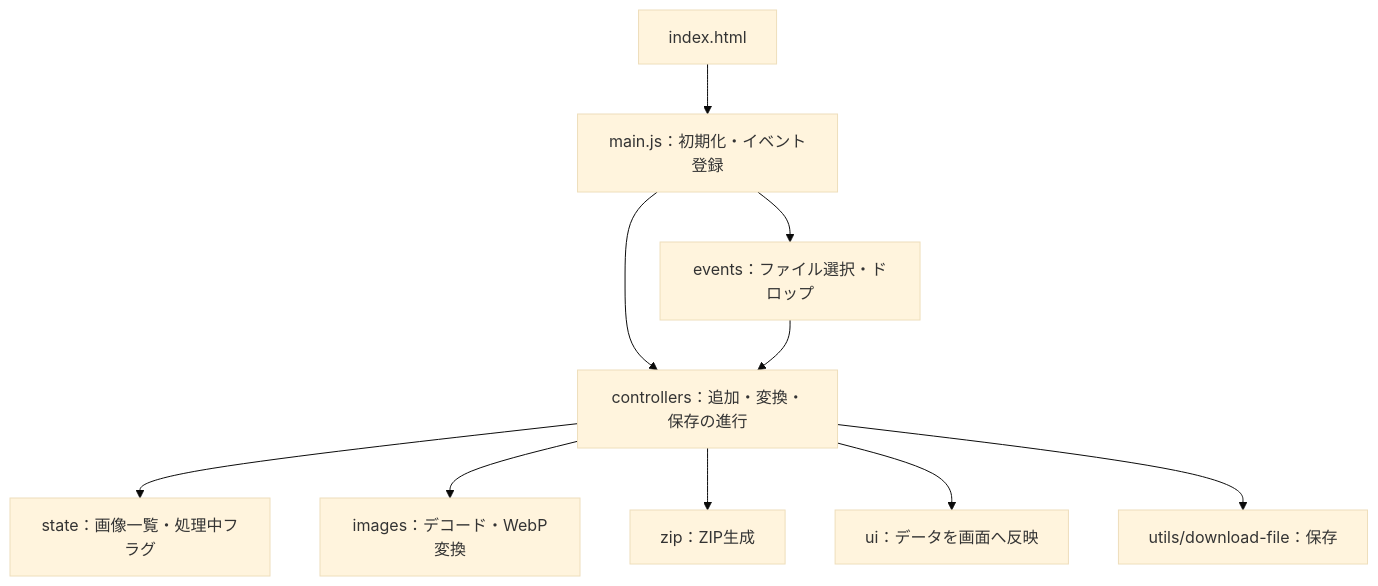
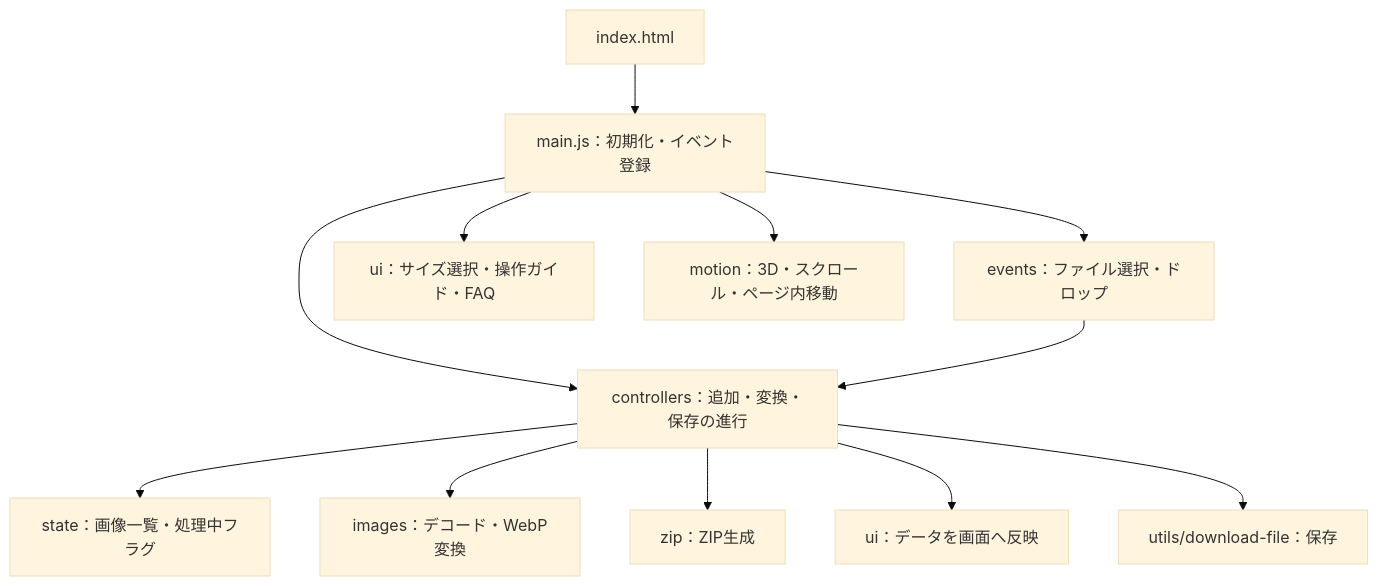
One commit to Syo-M/WebPImageConverter changed the first of 2 diagrams in README.md. Above: the diagram before and after it, drawn with Mermaid (base theme). The commit also changed other lines of this file and 8 other files, not shown here.

````diff
--- a/README.md
+++ b/README.md
@@ -103,12 +121,14 @@
 ```mermaid
 flowchart TD
   HTML["index.html"] --> Main["main.js：初期化・イベント登録"]
   Main --> Events["events：ファイル選択・ドロップ"]
+  Main --> Interactions["ui：サイズ選択・操作ガイド・FAQ"]
+  Main --> Motion["motion：3D・スクロール・ページ内移動"]
   Main --> Controllers["controllers：追加・変換・保存の進行"]
   Events --> Controllers
   Controllers --> State["state：画像一覧・処理中フラグ"]
   Controllers --> Images["images：デコード・WebP変換"]
   Controllers --> Zip["zip：ZIP生成"]
   Controllers --> UI["ui：データを画面へ反映"]
   Controllers --> Download["utils/download-file：保存"]
 ```
````
